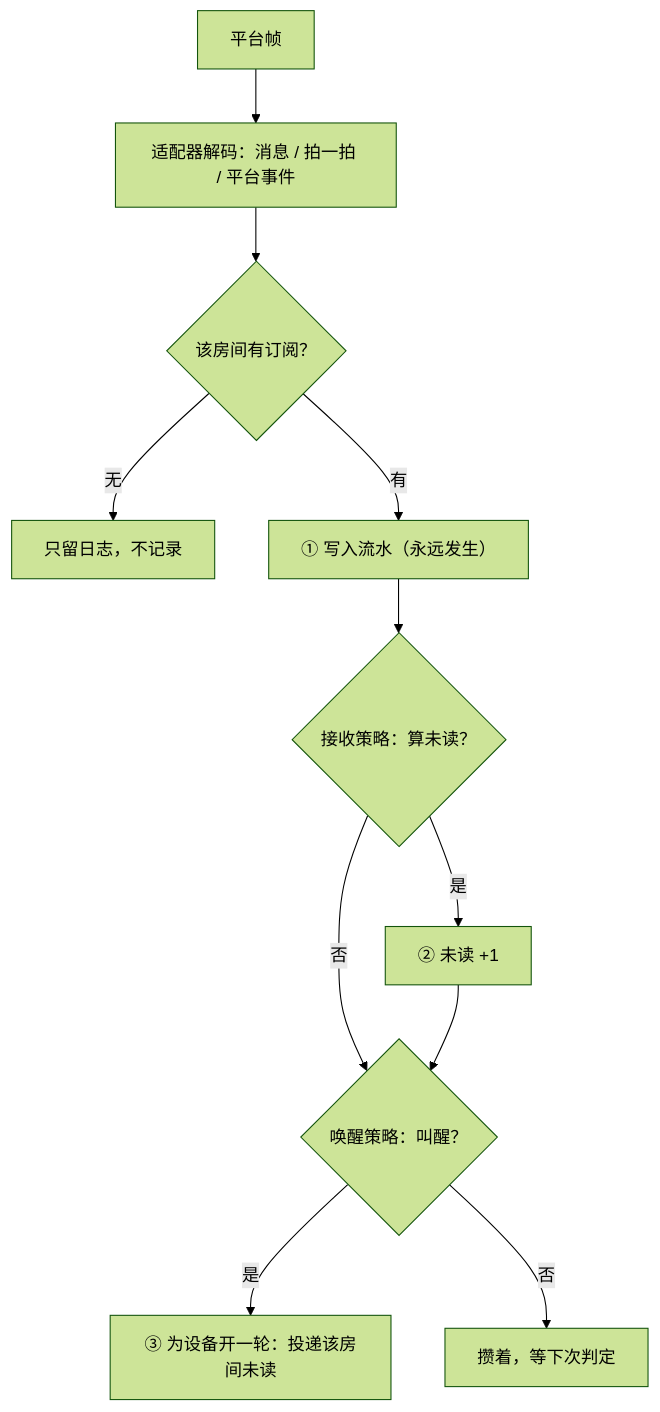
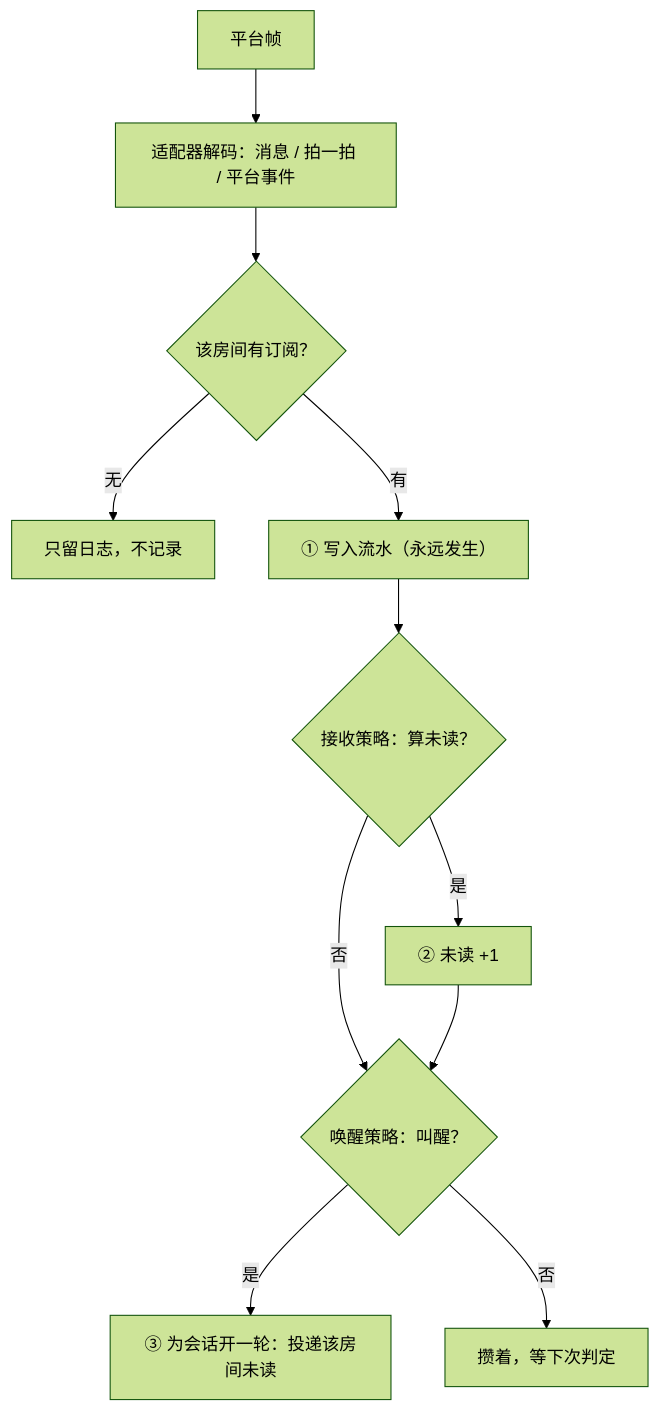
Before and after one commit to DataEraserC/qq-bridge: the second of 3 diagrams in docs/03-architecture.md, drawn with Mermaid (forest theme). The commit also changed other lines of this file and 5 other files, not shown here.

````diff
--- a/docs/03-architecture.md
+++ b/docs/03-architecture.md
@@ -41,13 +41,13 @@
 ```mermaid
 flowchart TD
     F["平台帧"] --> D["适配器解码：消息 / 拍一拍 / 平台事件"]
     D --> S{"该房间有订阅？"}
     S -->|"无"| L["只留日志，不记录"]
     S -->|"有"| T["① 写入流水（永远发生）"]
     T --> R{"接收策略：算未读？"}
     R -->|"是"| U["② 未读 +1"]
     R -->|"否"| W
     U --> W{"唤醒策略：叫醒？"}
-    W -->|"是"| TURN["③ 为设备开一轮：投递该房间未读"]
+    W -->|"是"| TURN["③ 为会话开一轮：投递该房间未读"]
     W -->|"否"| Q["攒着，等下次判定"]
 ```
````
